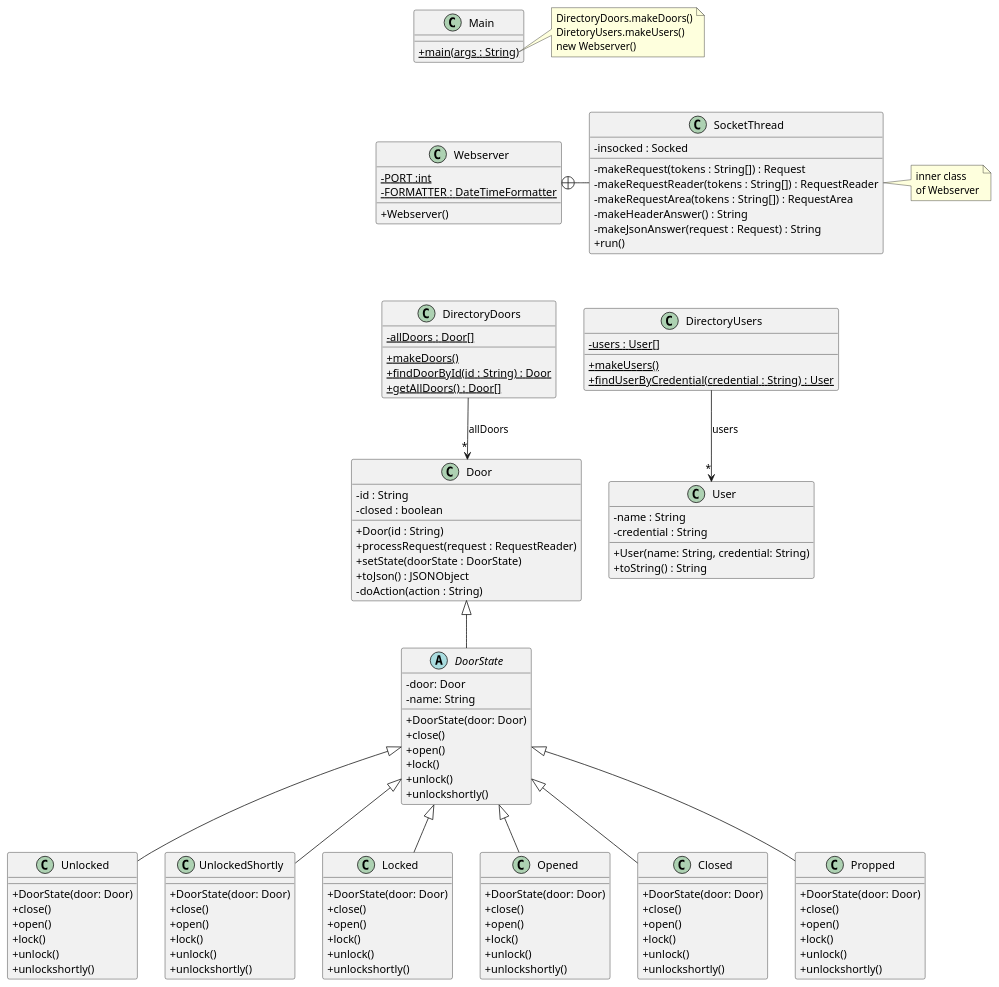
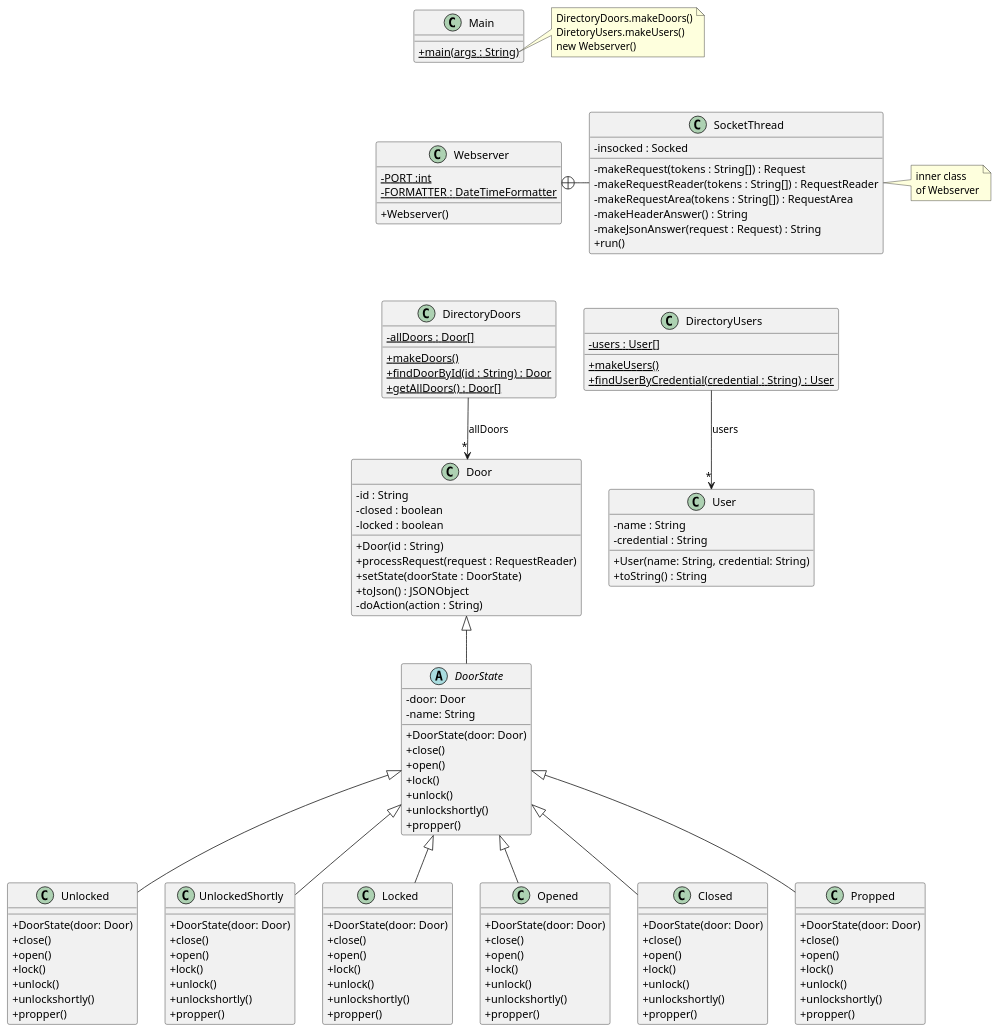
The diagram in src/baseNoStates/uml/base_no_states.puml (laiapns/Practica-DS), drawn with PlantUML before and after one commit. The commit also changed 7 other files, not shown here.

```diff
--- a/src/baseNoStates/uml/base_no_states.puml
+++ b/src/baseNoStates/uml/base_no_states.puml
@@ -1,140 +1,148 @@
 @startuml
 'https://plantuml.com/class-diagram
 skinparam classAttributeIconSize 0
 
 class Webserver {
 - {static} PORT :int
 - {static} FORMATTER : DateTimeFormatter
 + Webserver()
 }
 
 class SocketThread {
 - insocked : Socked
 - makeRequest(tokens : String[]) : Request
 - makeRequestReader(tokens : String[]) : RequestReader
 - makeRequestArea(tokens : String[]) : RequestArea
 - makeHeaderAnswer() : String
 - makeJsonAnswer(request : Request) : String
 + run()
 }
 
 Webserver +-right- SocketThread
 
 note right of SocketThread
 inner class
 of Webserver
 end note
 
 class DirectoryDoors {
 - {static} allDoors : Door[]
 + {static} makeDoors()
 + {static} findDoorById(id : String) : Door
 + {static} getAllDoors() : Door[]
 }
 
 DirectoryDoors --> "*" Door : "allDoors"
 
 class DirectoryUsers {
 - {static} users : User[]
 + {static} makeUsers()
 + {static} findUserByCredential(credential : String) : User
 }
 
 DirectoryUsers --> "*" User : "users"
 
 class Door {
 - id : String
 - closed : boolean
+- locked : boolean
 + Door(id : String)
 + processRequest(request : RequestReader)
 + setState(doorState : DoorState)
 + toJson() : JSONObject
 '+ toString() : String
 '+ isClosed() :boolean
 '+ setClosed(b : boolean)
 '+ getStateName() : String
 - doAction(action : String)
 }
 
 abstract class DoorState extends Door {
 - door: Door
 - name: String
 + DoorState(door: Door)
 + close()
 + open()
 + lock()
 + unlock()
 + unlockshortly()
++ propper()
 }
 
 class Unlocked extends DoorState{
 + DoorState(door: Door)
 + close()
 + open()
 + lock()
 + unlock()
 + unlockshortly()
++ propper()
 }
 class UnlockedShortly extends DoorState{
 + DoorState(door: Door)
 + close()
 + open()
 + lock()
 + unlock()
 + unlockshortly()
++ propper()
 }
 class Locked extends DoorState{
 + DoorState(door: Door)
 + close()
 + open()
 + lock()
 + unlock()
 + unlockshortly()
++ propper()
 }
 class Opened extends DoorState{
 + DoorState(door: Door)
 + close()
 + open()
 + lock()
 + unlock()
 + unlockshortly()
++ propper()
 }
 class Closed extends DoorState{
 + DoorState(door: Door)
 + close()
 + open()
 + lock()
 + unlock()
 + unlockshortly()
++ propper()
 }
 class Propped extends DoorState{
 + DoorState(door: Door)
 + close()
 + open()
 + lock()
 + unlock()
 + unlockshortly()
++ propper()
 }
 
 class User {
 - name : String
 - credential : String
 + User(name: String, credential: String)
 + toString() : String
 }
 
 
 class Main {
 + {static} main(args : String)
 }
 
 note right of Main::main
 DirectoryDoors.makeDoors()
 DiretoryUsers.makeUsers()
 new Webserver()
 end note
 
 Main -[hidden]down- Webserver
 Webserver -[hidden]down- DirectoryDoors
 DirectoryDoors -[hidden]right- DirectoryUsers
 @enduml
```
